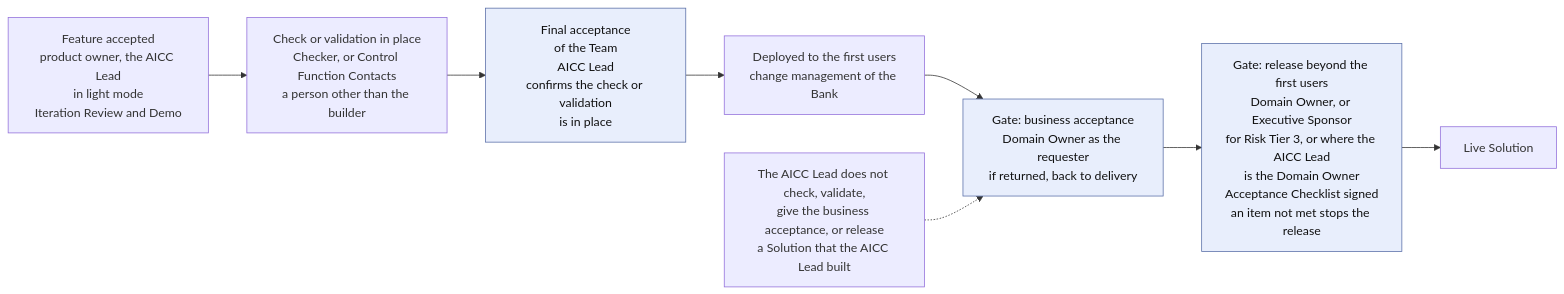
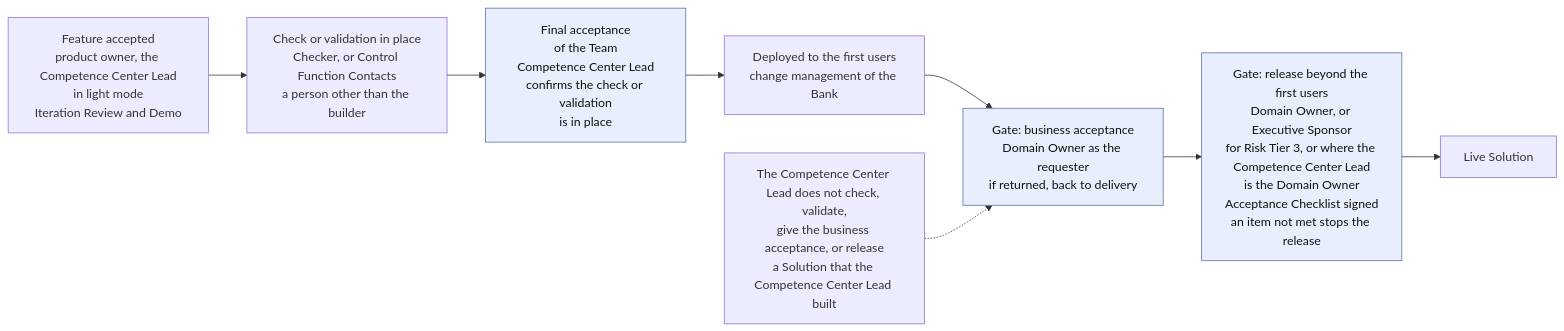
One commit to devhogu/ob-aicc changed the fifth of 5 diagrams in charter/en/guides/service-delivery-guide.md. Above: the diagram before and after it, drawn with Mermaid. The commit also changed other lines of this file and 1149 other files, not shown here.

First line of the commit message:
The name Competence Center: AICC stays only as a code (DR-2026-066)

````diff
--- a/charter/en/guides/service-delivery-guide.md
+++ b/charter/en/guides/service-delivery-guide.md
@@ -109,12 +109,12 @@
 ```mermaid
 flowchart LR
-  FA["Feature accepted<br/>product owner, the AICC Lead<br/>in light mode<br/>Iteration Review and Demo"] --> CV["Check or validation in place<br/>Checker, or Control Function Contacts<br/>a person other than the builder"]
-  CV --> TF["Final acceptance<br/>of the Team<br/>AICC Lead<br/>confirms the check or validation<br/>is in place"]
+  FA["Feature accepted<br/>product owner, the Competence Center Lead<br/>in light mode<br/>Iteration Review and Demo"] --> CV["Check or validation in place<br/>Checker, or Control Function Contacts<br/>a person other than the builder"]
+  CV --> TF["Final acceptance<br/>of the Team<br/>Competence Center Lead<br/>confirms the check or validation<br/>is in place"]
   TF --> DP["Deployed to the first users<br/>change management of the Bank"]
   DP --> BA["Gate: business acceptance<br/>Domain Owner as the requester<br/>if returned, back to delivery"]
-  BA --> RL["Gate: release beyond the first users<br/>Domain Owner, or Executive Sponsor<br/>for Risk Tier 3, or where the AICC Lead<br/>is the Domain Owner<br/>Acceptance Checklist signed<br/>an item not met stops the release"]
+  BA --> RL["Gate: release beyond the first users<br/>Domain Owner, or Executive Sponsor<br/>for Risk Tier 3, or where the Competence Center Lead<br/>is the Domain Owner<br/>Acceptance Checklist signed<br/>an item not met stops the release"]
   RL --> LV["Live Solution"]
-  NT["The AICC Lead does not check, validate,<br/>give the business acceptance, or release<br/>a Solution that the AICC Lead built"] -.-> BA
+  NT["The Competence Center Lead does not check, validate,<br/>give the business acceptance, or release<br/>a Solution that the Competence Center Lead built"] -.-> BA
   classDef gate fill:#e8eefc,stroke:#5a6fa8,color:#111
   class TF,BA,RL gate
 ```
````
